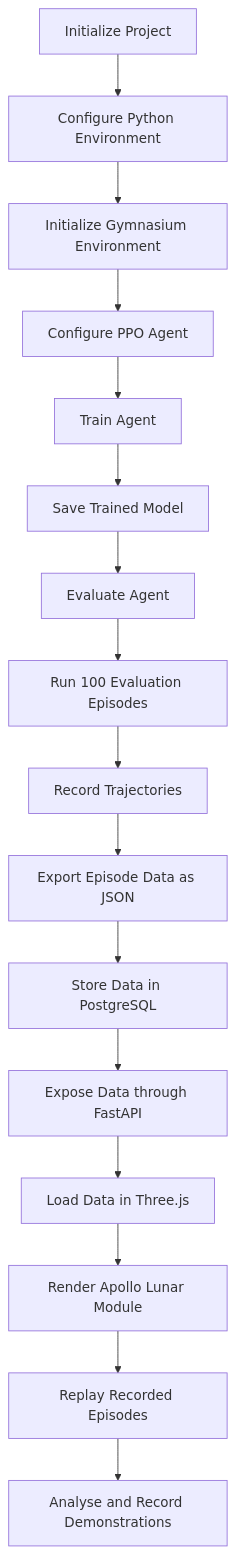
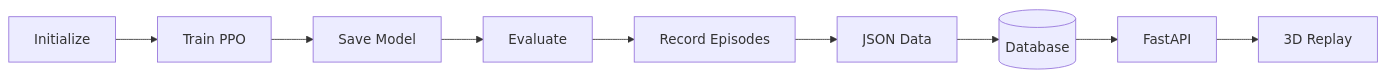
One commit to Jayz-yuors/REWO-LANDER changed the second of 4 diagrams in README.md. Above: the diagram before and after it, drawn with Mermaid. The commit also changed other lines of this file, not shown here.

First line of the commit message:
Revise README with new project title and details

````diff
--- a/README.md
+++ b/README.md
@@ -184,18 +75,11 @@
 ```mermaid
-flowchart TD
-    A["Initialize Project"] --> B["Configure Python Environment"]
-    B --> C["Initialize Gymnasium Environment"]
-    C --> D["Configure PPO Agent"]
-    D --> E["Train Agent"]
-    E --> F["Save Trained Model"]
-    F --> G["Evaluate Agent"]
-    G --> H["Run 100 Evaluation Episodes"]
-    H --> I["Record Trajectories"]
-    I --> J["Export Episode Data as JSON"]
-    J --> K["Store Data in PostgreSQL"]
-    K --> L["Expose Data through FastAPI"]
-    L --> M["Load Data in Three.js"]
-    M --> N["Render Apollo Lunar Module"]
-    N --> O["Replay Recorded Episodes"]
-    O --> P["Analyse and Record Demonstrations"]
+flowchart LR
+    A["Initialize"] --> B["Train PPO"]
+    B --> C["Save Model"]
+    C --> D["Evaluate"]
+    D --> E["Record Episodes"]
+    E --> F["JSON Data"]
+    F --> G[("Database")]
+    G --> H["FastAPI"]
+    H --> I["3D Replay"]
 ```
````
